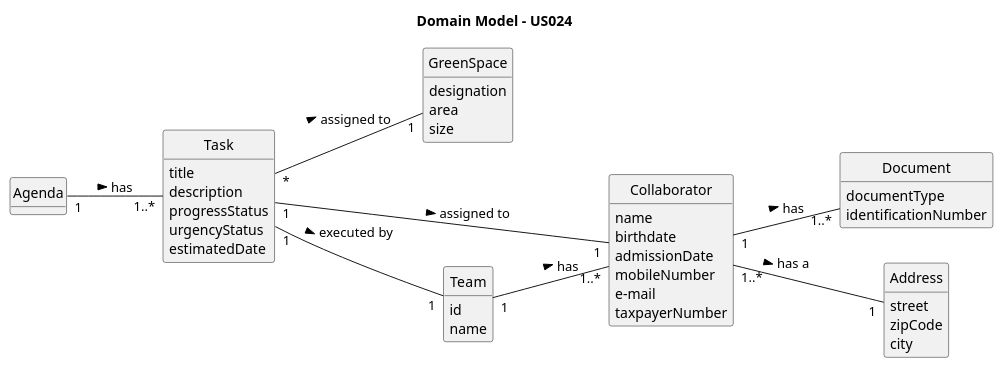
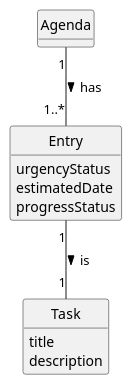
Before and after one commit to ricardomm7/leaflink: the diagram in docs/sprintC/us024/02.analysis/puml/us024-domain-model.puml, drawn with PlantUML. The commit also changed 30 other files, not shown here.

Commit message:
Change Task to Entry in US24, US25, US29; Update domain model; Send verification from UI to Domain (Vehicle)

```diff
--- a/docs/sprintC/us024/02.analysis/puml/us024-domain-model.puml
+++ b/docs/sprintC/us024/02.analysis/puml/us024-domain-model.puml
@@ -1,71 +1,40 @@
 @startuml
 skinparam monochrome true
 skinparam packageStyle rectangle
 skinparam shadowing false
 
-title Domain Model - US024
-
-left to right direction
+'left to right direction
 
 skinparam classAttributeIconSize 0
+
 hide circle
 hide methods
 
-class Agenda {
+
+
+class Entry {
+    urgencyStatus
+    estimatedDate
+    progressStatus
 
 }
+
 
 class Task {
     title
     description
-    progressStatus
-    urgencyStatus
-    estimatedDate
+
 }
 
-class GreenSpace{
-    designation
-    area
-    size
+class Agenda{
 }
 
-class Collaborator {
-    name
-    birthdate
-    admissionDate
-    mobileNumber
-    e-mail
-    taxpayerNumber
-}
 
-class Document{
-    documentType
-    identificationNumber
-}
 
-class Address{
-    street
-    zipCode
-    city
-}
 
-class Team {
-    id
-    name
-}
 
-Collaborator "1..*" -- "1" Address : has a >
+Agenda "1" -- "1..*" Entry: has >
 
-Collaborator "1" -- "1..*" Document : has >
-
-Agenda "1" -- "1..*" Task : has >
-
-Task "1" -- "1" Collaborator : assigned to >
-
-Task "1" -- "1" Team : executed by >
-
-Task "*" -- "1" GreenSpace: assigned to >
-
-Team "1" -- "1..*" Collaborator : has >
+Entry "1" -- "1" Task: is >
 
 @enduml
```
